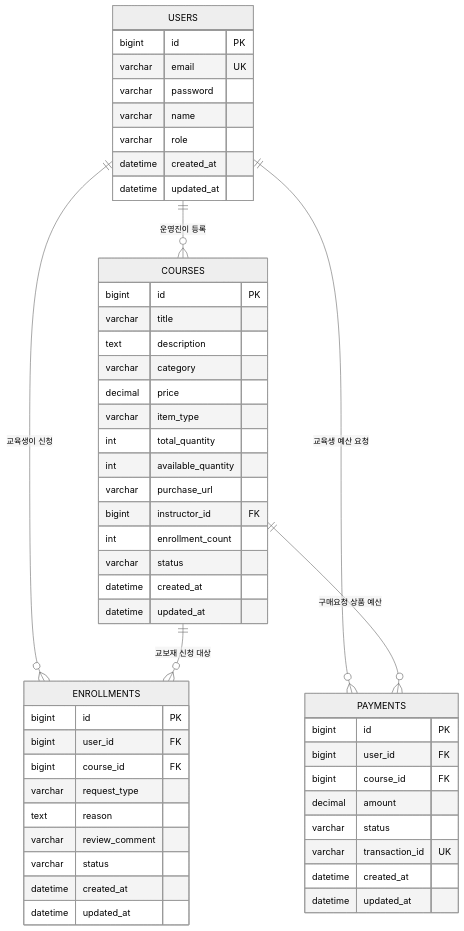
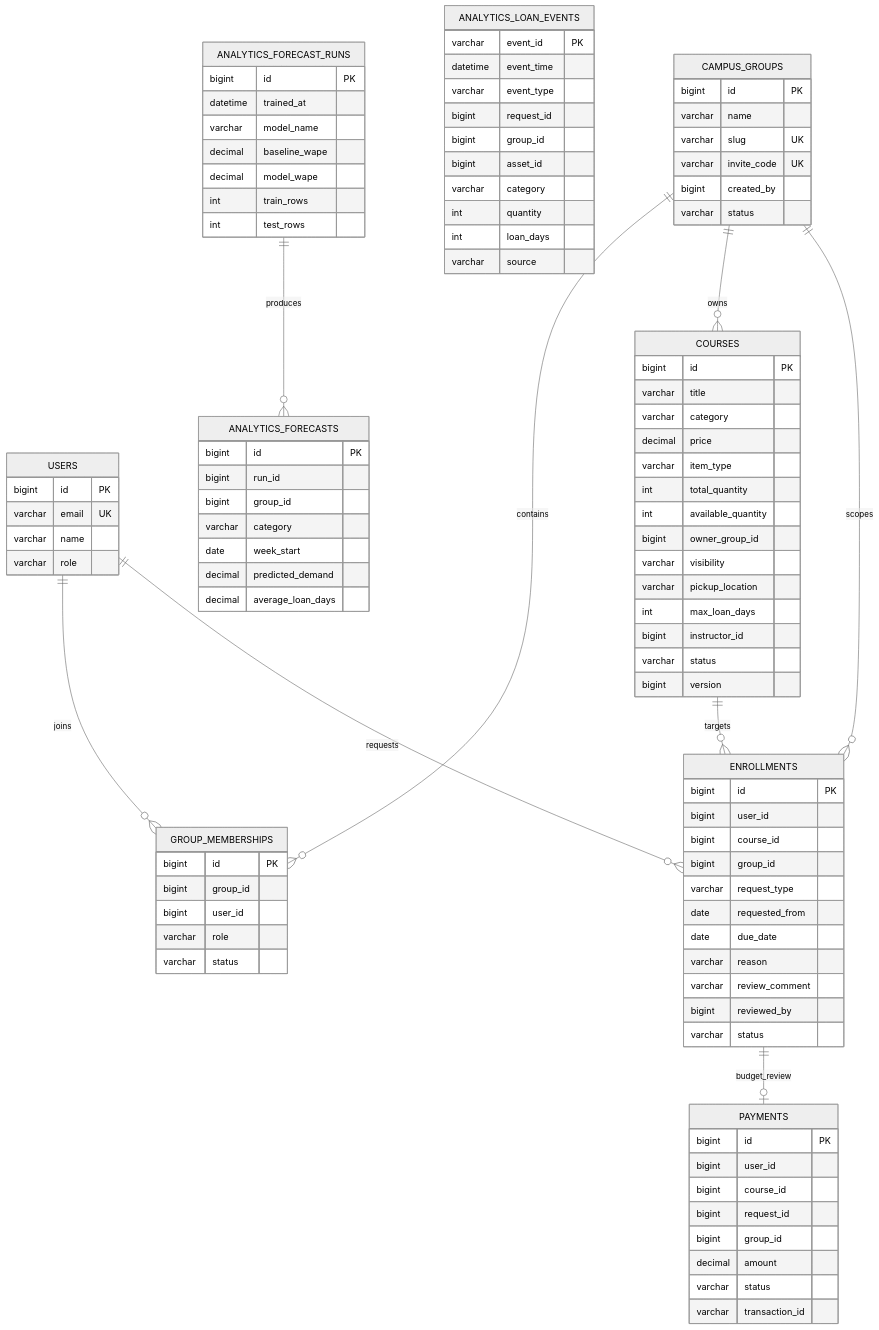
The fifth of 5 diagrams in docs/agile/05_ARCHITECTURE_AND_ERD.md (kimgwang-hyeon/msa-lecture), drawn with Mermaid (neutral theme) before and after one commit. The commit also changed other lines of this file and 37 other files, not shown here.

````diff
--- a/docs/agile/05_ARCHITECTURE_AND_ERD.md
+++ b/docs/agile/05_ARCHITECTURE_AND_ERD.md
@@ -217,58 +259,102 @@
-```mermaid
+~~~mermaid
 erDiagram
     USERS {
         bigint id PK
         varchar email UK
-        varchar password
         varchar name
         varchar role
-        datetime created_at
-        datetime updated_at
     }
-
+    CAMPUS_GROUPS {
+        bigint id PK
+        varchar name
+        varchar slug UK
+        varchar invite_code UK
+        bigint created_by
+        varchar status
+    }
+    GROUP_MEMBERSHIPS {
+        bigint id PK
+        bigint group_id
+        bigint user_id
+        varchar role
+        varchar status
+    }
     COURSES {
         bigint id PK
         varchar title
-        text description
         varchar category
         decimal price
         varchar item_type
         int total_quantity
         int available_quantity
-        varchar purchase_url
-        bigint instructor_id FK
-        int enrollment_count
+        bigint owner_group_id
+        varchar visibility
+        varchar pickup_location
+        int max_loan_days
+        bigint instructor_id
         varchar status
-        datetime created_at
-        datetime updated_at
+        bigint version
+    }
+    ENROLLMENTS {
+        bigint id PK
+        bigint user_id
+        bigint course_id
+        bigint group_id
+        varchar request_type
+        date requested_from
+        date due_date
+        varchar reason
+        varchar review_comment
+        bigint reviewed_by
+        varchar status
+    }
+    PAYMENTS {
+        bigint id PK
+        bigint user_id
+        bigint course_id
+        bigint request_id
+        bigint group_id
+        decimal amount
+        varchar status
+        varchar transaction_id
+    }
+    ANALYTICS_LOAN_EVENTS {
+        varchar event_id PK
+        datetime event_time
+        varchar event_type
+        bigint request_id
+        bigint group_id
+        bigint asset_id
+        varchar category
+        int quantity
+        int loan_days
+        varchar source
+    }
+    ANALYTICS_FORECAST_RUNS {
+        bigint id PK
+        datetime trained_at
+        varchar model_name
+        decimal baseline_wape
+        decimal model_wape
+        int train_rows
+        int test_rows
+    }
+    ANALYTICS_FORECASTS {
+        bigint id PK
+        bigint run_id
+        bigint group_id
+        varchar category
+        date week_start
+        decimal predicted_demand
+        decimal average_loan_days
     }
 
-    ENROLLMENTS {
-        bigint id PK
-        bigint user_id FK
-        bigint course_id FK
-        varchar request_type
-        text reason
-        varchar review_comment
-        varchar status
-        datetime created_at
-        datetime updated_at
-    }
-
-    PAYMENTS {
-        bigint id PK
-        bigint user_id FK
-        bigint course_id FK
-        decimal amount
-        varchar status
-        varchar transaction_id UK
-        datetime created_at
-        datetime updated_at
-    }
-
-    USERS ||--o{ COURSES : "운영진이 등록"
-    USERS ||--o{ ENROLLMENTS : "교육생이 신청"
-    COURSES ||--o{ ENROLLMENTS : "교보재 신청 대상"
-    USERS ||--o{ PAYMENTS : "교육생 예산 요청"
-    COURSES ||--o{ PAYMENTS : "구매요청 상품 예산"
-```
+    USERS ||--o{ GROUP_MEMBERSHIPS : joins
+    CAMPUS_GROUPS ||--o{ GROUP_MEMBERSHIPS : contains
+    CAMPUS_GROUPS ||--o{ COURSES : owns
+    USERS ||--o{ ENROLLMENTS : requests
+    CAMPUS_GROUPS ||--o{ ENROLLMENTS : scopes
+    COURSES ||--o{ ENROLLMENTS : targets
+    ENROLLMENTS ||--o| PAYMENTS : budget_review
+    ANALYTICS_FORECAST_RUNS ||--o{ ANALYTICS_FORECASTS : produces
+~~~
````
